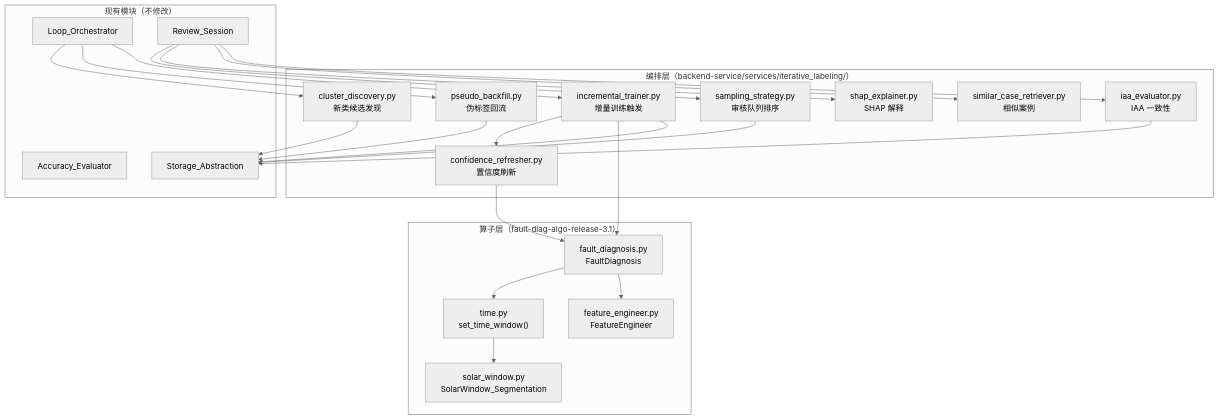
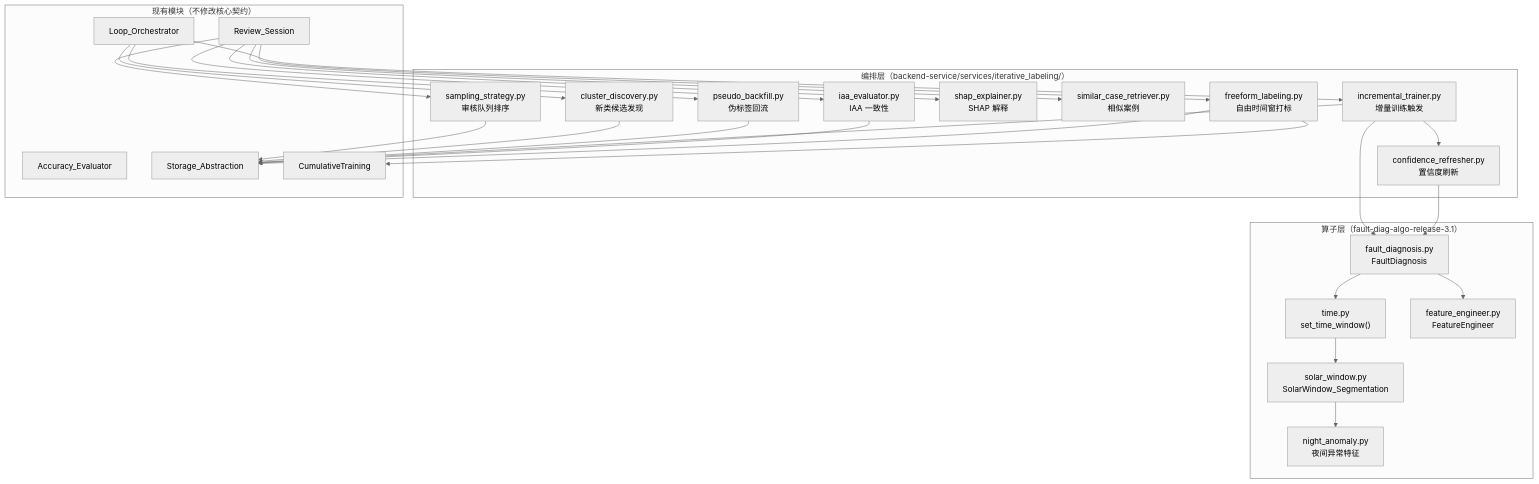
The first of 4 diagrams in docs/specs/pv-fault-iterative-labeling-loop/design-feature-enhancement.md (zxk027415/AIP), drawn with Mermaid (neutral theme) before and after one commit. The commit also changed other lines of this file and 71 other files, not shown here.

````diff
--- a/docs/specs/pv-fault-iterative-labeling-loop/design-feature-enhancement.md
+++ b/docs/specs/pv-fault-iterative-labeling-loop/design-feature-enhancement.md
@@ -62,46 +68,53 @@
 ```mermaid
 graph TB
     subgraph ALGO["算子层（fault-diag-algo-release-3.1）"]
         SW["solar_window.py<br/>SolarWindow_Segmentation"]
         TW["time.py<br/>set_time_window()"]
         FD["fault_diagnosis.py<br/>FaultDiagnosis"]
         FE["feature_engineer.py<br/>FeatureEngineer"]
+        NA["night_anomaly.py<br/>夜间异常特征"]
         TW --> SW
         FD --> TW
         FD --> FE
+        SW --> NA
     end
 
     subgraph ORCH["编排层（backend-service/services/iterative_labeling/）"]
         SS["sampling_strategy.py<br/>审核队列排序"]
         CD["cluster_discovery.py<br/>新类候选发现"]
         PB["pseudo_backfill.py<br/>伪标签回流"]
         IT["incremental_trainer.py<br/>增量训练触发"]
         CR["confidence_refresher.py<br/>置信度刷新"]
         SE["shap_explainer.py<br/>SHAP 解释"]
         SCR["similar_case_retriever.py<br/>相似案例"]
         IAA["iaa_evaluator.py<br/>IAA 一致性"]
+        FL["freeform_labeling.py<br/>自由时间窗打标"]
     end
 
-    subgraph EXIST["现有模块（不修改）"]
+    subgraph EXIST["现有模块（不修改核心契约）"]
         LO["Loop_Orchestrator"]
         RS["Review_Session"]
         AE["Accuracy_Evaluator"]
         SA["Storage_Abstraction"]
+        CT["CumulativeTraining"]
     end
 
     RS --> SS
     RS --> SE
     RS --> SCR
     RS --> IAA
+    RS --> FL
+    FL --> CT
     LO --> CD
     LO --> PB
     LO --> IT
     IT --> CR
     IT --> FD
     CR --> FD
     SS --> SA
     CD --> SA
     PB --> SA
     IT --> SA
     IAA --> SA
+    FL --> SA
 ```
````
